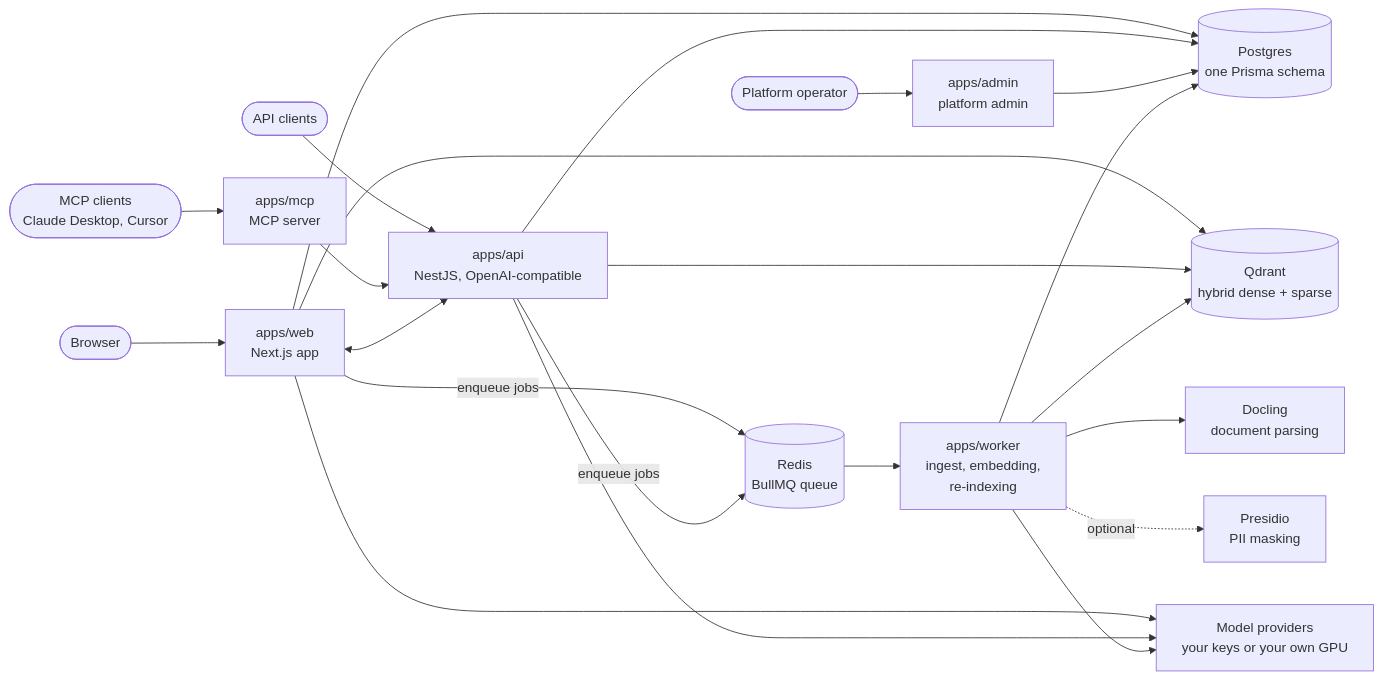
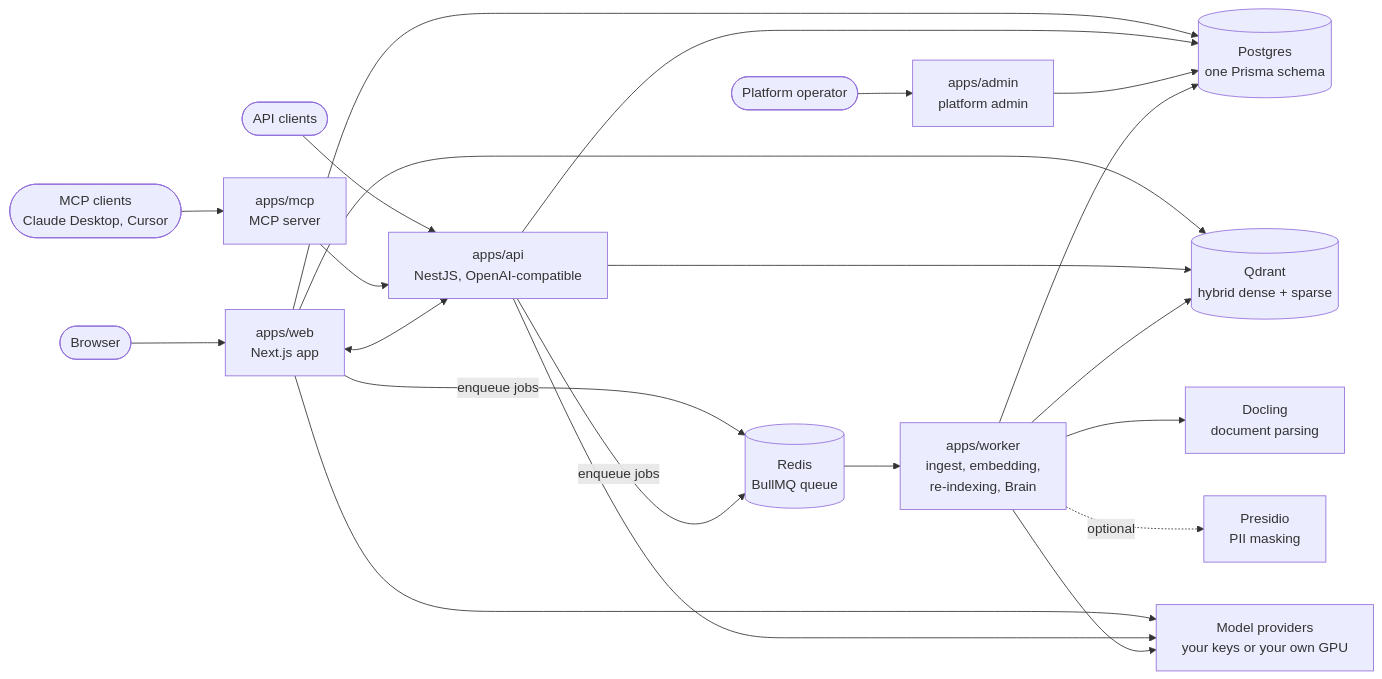
One commit to webamigos/RagenAI changed the diagram in README.md. Above: the diagram before and after it, drawn with Mermaid. The commit also changed other lines of this file, not shown here.

First line of the commit message:
docs(readme): describe Ragen Brain and refresh stale claims

````diff
--- a/README.md
+++ b/README.md
@@ -536,27 +594,27 @@
 ```mermaid
 flowchart LR
     user([Browser]) --> web["apps/web<br/>Next.js app"]
     client([API clients]) --> api["apps/api<br/>NestJS, OpenAI-compatible"]
     agent([MCP clients<br/>Claude Desktop, Cursor]) --> mcp["apps/mcp<br/>MCP server"]
     operator([Platform operator]) --> admin["apps/admin<br/>platform admin"]
 
     mcp --> api
     web <--> api
     web -- "enqueue jobs" --> redis[("Redis<br/>BullMQ queue")]
     api -- "enqueue jobs" --> redis
-    redis --> worker["apps/worker<br/>ingest, embedding,<br/>re-indexing"]
+    redis --> worker["apps/worker<br/>ingest, embedding,<br/>re-indexing, Brain"]
 
     web --> pg[("Postgres<br/>one Prisma schema")]
     api --> pg
     admin --> pg
     worker --> pg
     web --> qdrant[("Qdrant<br/>hybrid dense + sparse")]
     api --> qdrant
     worker --> qdrant
 
     worker --> docling["Docling<br/>document parsing"]
     worker -. "optional" .-> presidio["Presidio<br/>PII masking"]
     web --> models["Model providers<br/>your keys or your own GPU"]
     api --> models
     worker --> models
 ```
````
